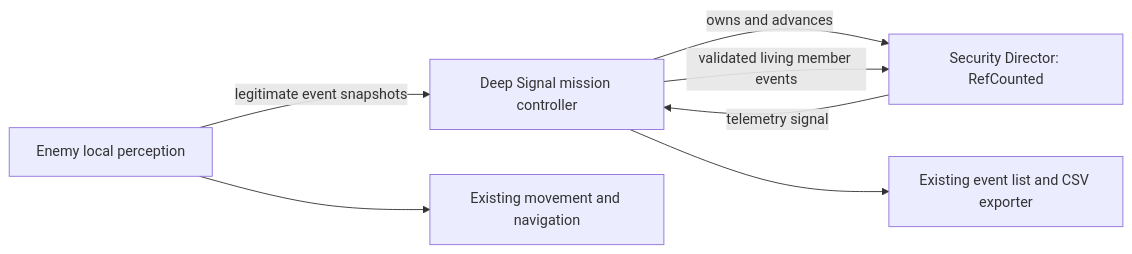
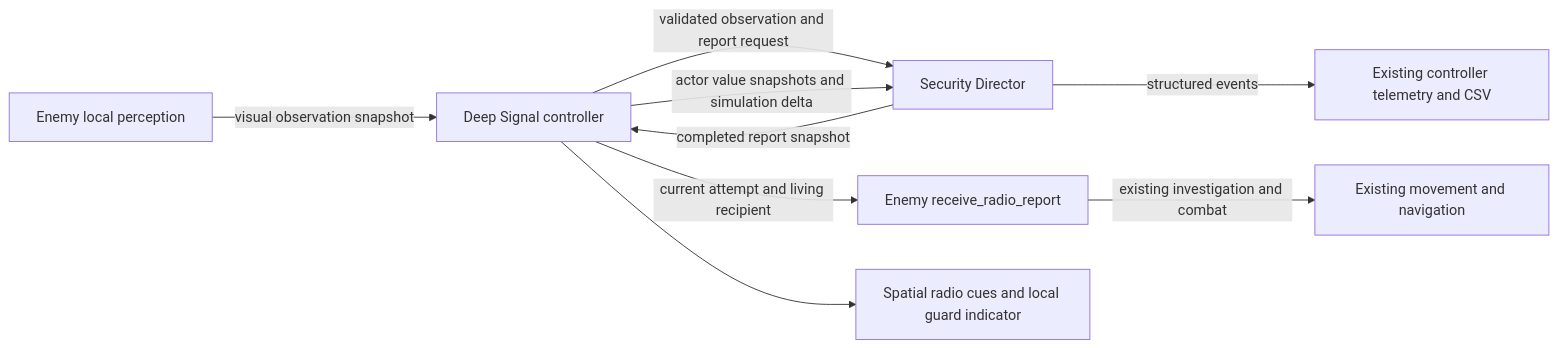
One commit to Jnoble555/bunker-07 changed the diagram in docs/godot/ghost-protocol-architecture.md. Above: the diagram before and after it, drawn with Mermaid. The commit also changed other lines of this file and 18 other files, not shown here.

Commit message:
feat(ai): add delayed interruptible security radio reports

````diff
--- a/docs/godot/ghost-protocol-architecture.md
+++ b/docs/godot/ghost-protocol-architecture.md
@@ -7,9 +7,11 @@
 ```mermaid
 flowchart LR
-  Mission[Deep Signal mission controller] -->|owns and advances| Director[Security Director: RefCounted]
-  Enemy[Enemy local perception] -->|legitimate event snapshots| Mission
-  Mission -->|validated living member events| Director
-  Director -->|telemetry signal| Mission
-  Mission --> CSV[Existing event list and CSV exporter]
-  Enemy --> Navigation[Existing movement and navigation]
+  Enemy[Enemy local perception] -->|visual observation snapshot| Mission[Deep Signal controller]
+  Mission -->|validated observation and report request| Director[Security Director]
+  Mission -->|actor value snapshots and simulation delta| Director
+  Director -->|completed report snapshot| Mission
+  Mission -->|current attempt and living recipient| Receiver[Enemy receive_radio_report]
+  Receiver -->|existing investigation and combat| Navigation[Existing movement and navigation]
+  Director -->|structured events| CSV[Existing controller telemetry and CSV]
+  Mission --> Audio[Spatial radio cues and local guard indicator]
 ```
````
